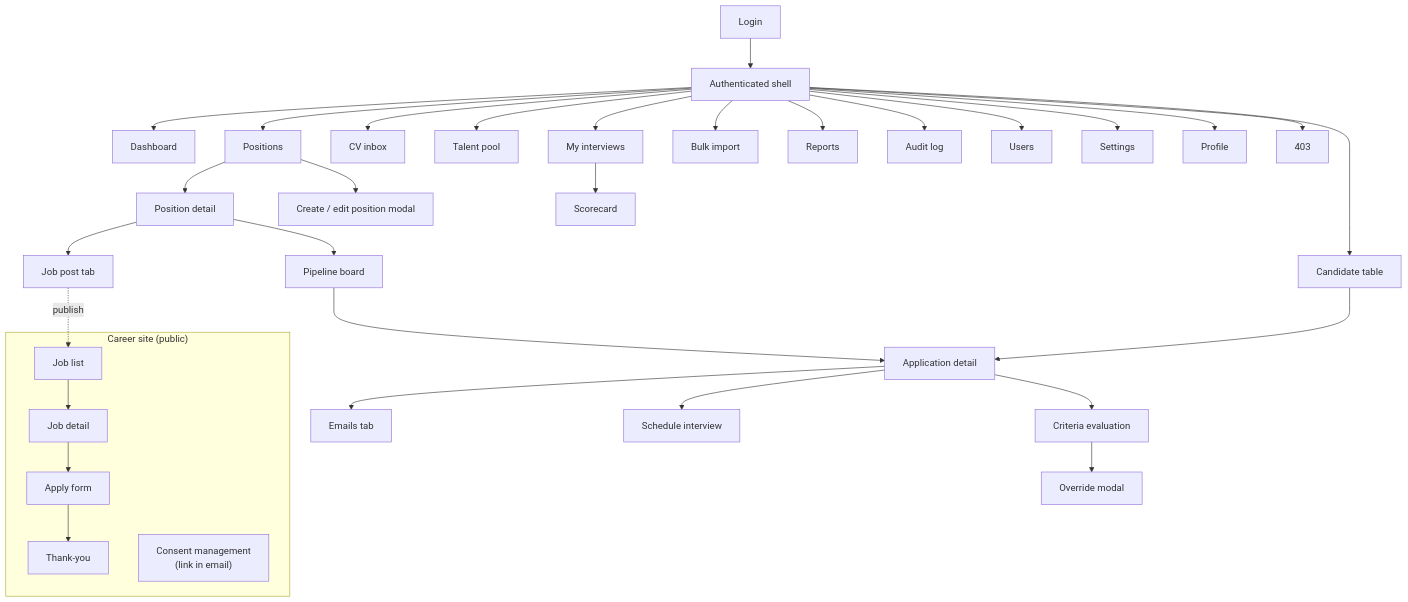
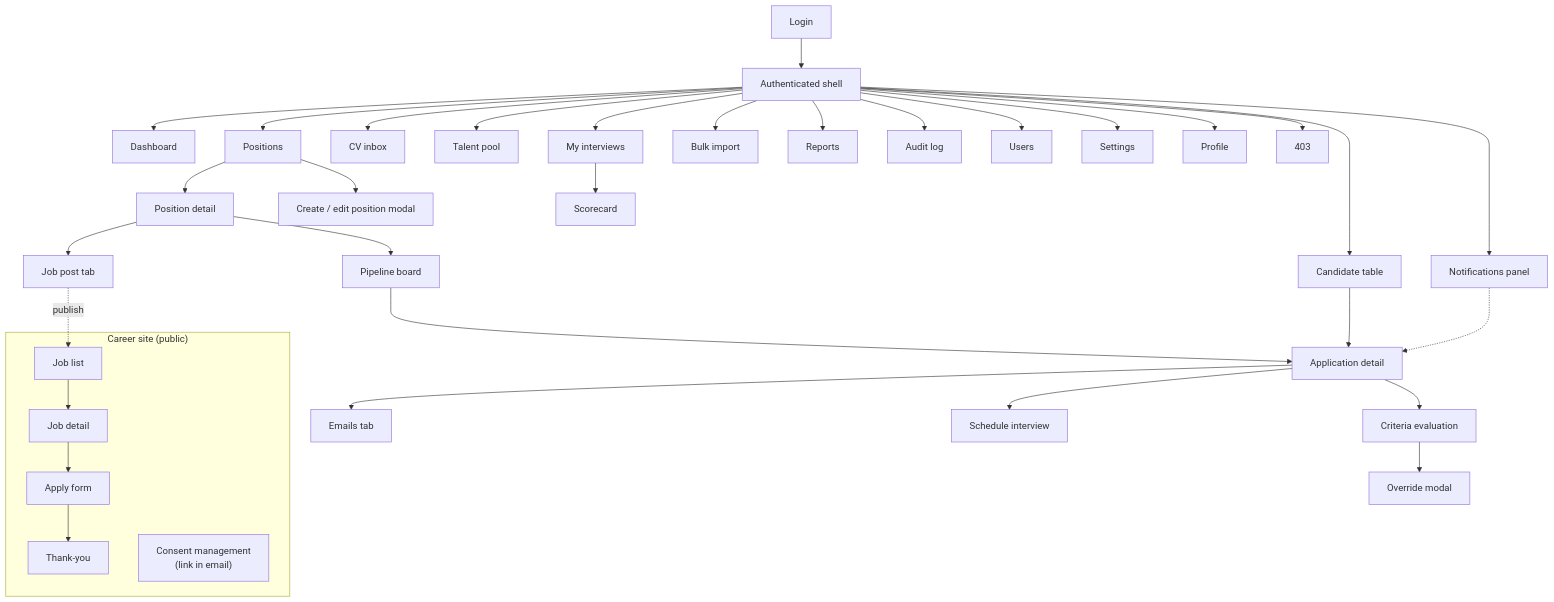
Before and after one commit to duongk18FPTU/recruitment-ats: the second of 7 diagrams in README.md, drawn with Mermaid. The commit also changed other lines of this file and 10 other files, not shown here.

````diff
--- a/README.md
+++ b/README.md
@@ -212,29 +217,31 @@
 ```mermaid
 flowchart TB
     subgraph public["Career site (public)"]
         Careers["Job list"] --> JobPublic["Job detail"] --> Apply["Apply form"] --> Thanks["Thank-you"]
         Consent["Consent management<br/>(link in email)"]
     end
     Login["Login"] --> Shell["Authenticated shell"]
     Shell --> Dashboard["Dashboard"]
     Shell --> Jobs["Positions"] --> JobDetail["Position detail"] --> Pipeline["Pipeline board"]
     JobDetail --> Post["Job post tab"]
     Post -.->|publish| Careers
     Jobs --> JobForm["Create / edit position modal"]
     Shell --> Candidates["Candidate table"]
     Pipeline --> AppDetail["Application detail"]
     Candidates --> AppDetail
     AppDetail --> AI["Criteria evaluation"] --> Override["Override modal"]
     AppDetail --> Emails["Emails tab"]
     AppDetail --> Schedule["Schedule interview"]
     Shell --> Inbox["CV inbox"]
     Shell --> Pool["Talent pool"]
     Shell --> MyInterviews["My interviews"] --> Scorecard["Scorecard"]
     Shell --> Import["Bulk import"]
     Shell --> Reports["Reports"]
     Shell --> Audit["Audit log"]
     Shell --> Users["Users"]
     Shell --> Settings["Settings"]
     Shell --> Profile["Profile"]
+    Shell --> Notifications["Notifications panel"]
+    Notifications -.-> AppDetail
     Shell --> Forbidden["403"]
 ```
````
